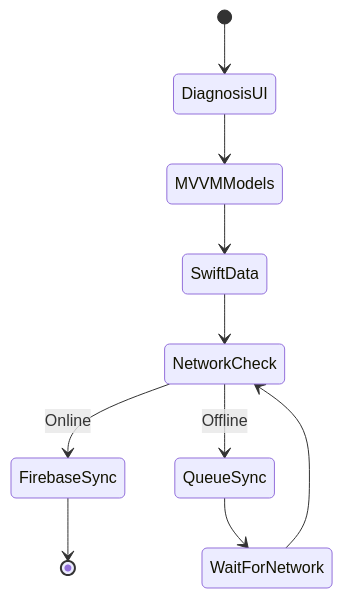
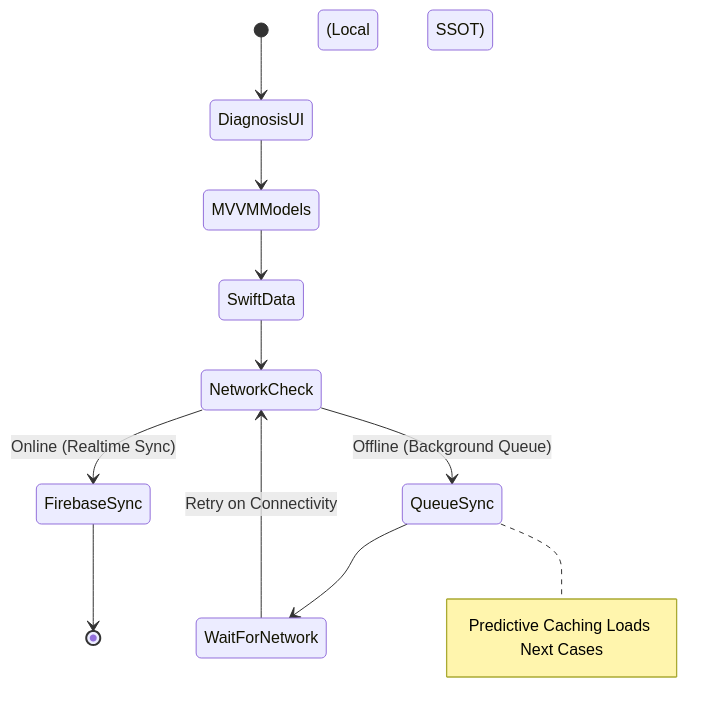
Before and after one commit to hareeshkar/hareeshkar: the second of 6 diagrams in README.md, drawn with Mermaid. The commit also changed other lines of this file, not shown here.

````diff
--- a/README.md
+++ b/README.md
@@ -253,15 +130,13 @@
 ```mermaid
 stateDiagram-v2
     [*] --> DiagnosisUI
     DiagnosisUI --> MVVMModels
-    MVVMModels --> SwiftData
-    
+    MVVMModels --> SwiftData (Local SSOT)
     SwiftData --> NetworkCheck
-    
-    NetworkCheck --> FirebaseSync: Online
-    NetworkCheck --> QueueSync: Offline
-    
+    NetworkCheck --> FirebaseSync: Online (Realtime Sync)
+    NetworkCheck --> QueueSync: Offline (Background Queue)
     FirebaseSync --> [*]
     QueueSync --> WaitForNetwork
-    WaitForNetwork --> NetworkCheck
+    WaitForNetwork --> NetworkCheck: Retry on Connectivity
+    note right of QueueSync: Predictive Caching Loads Next Cases
 ```
````
